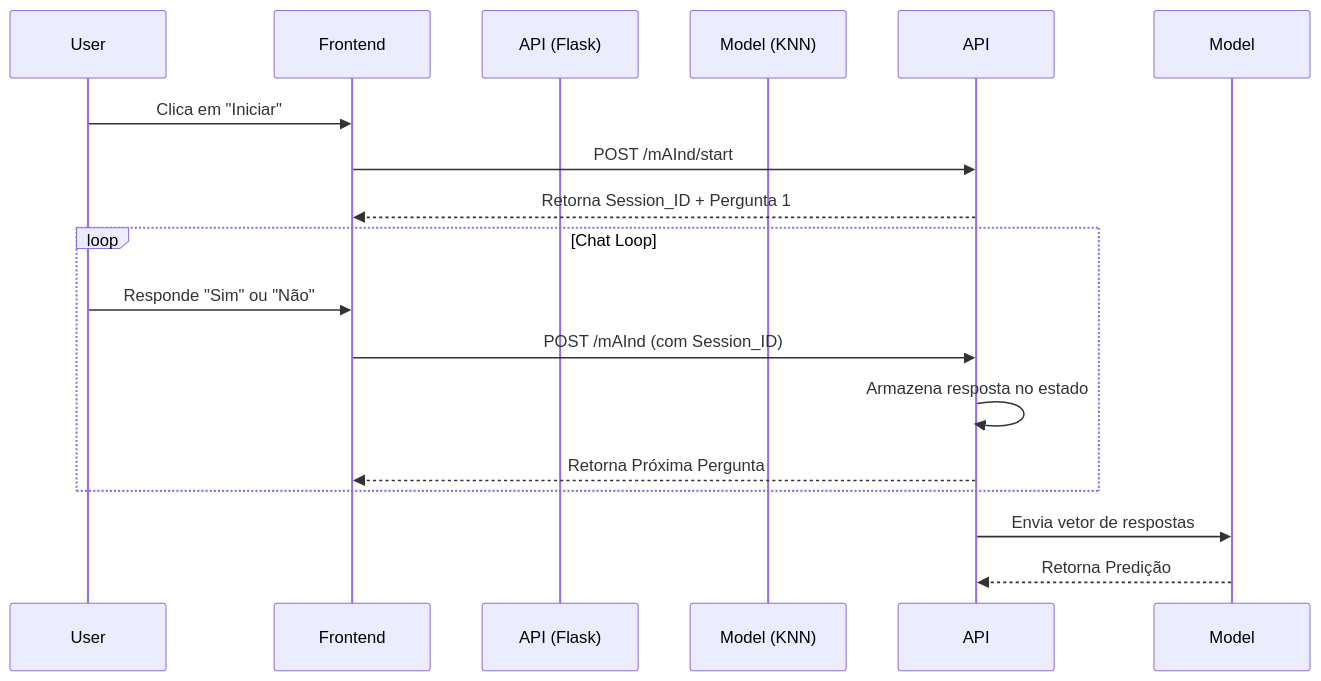
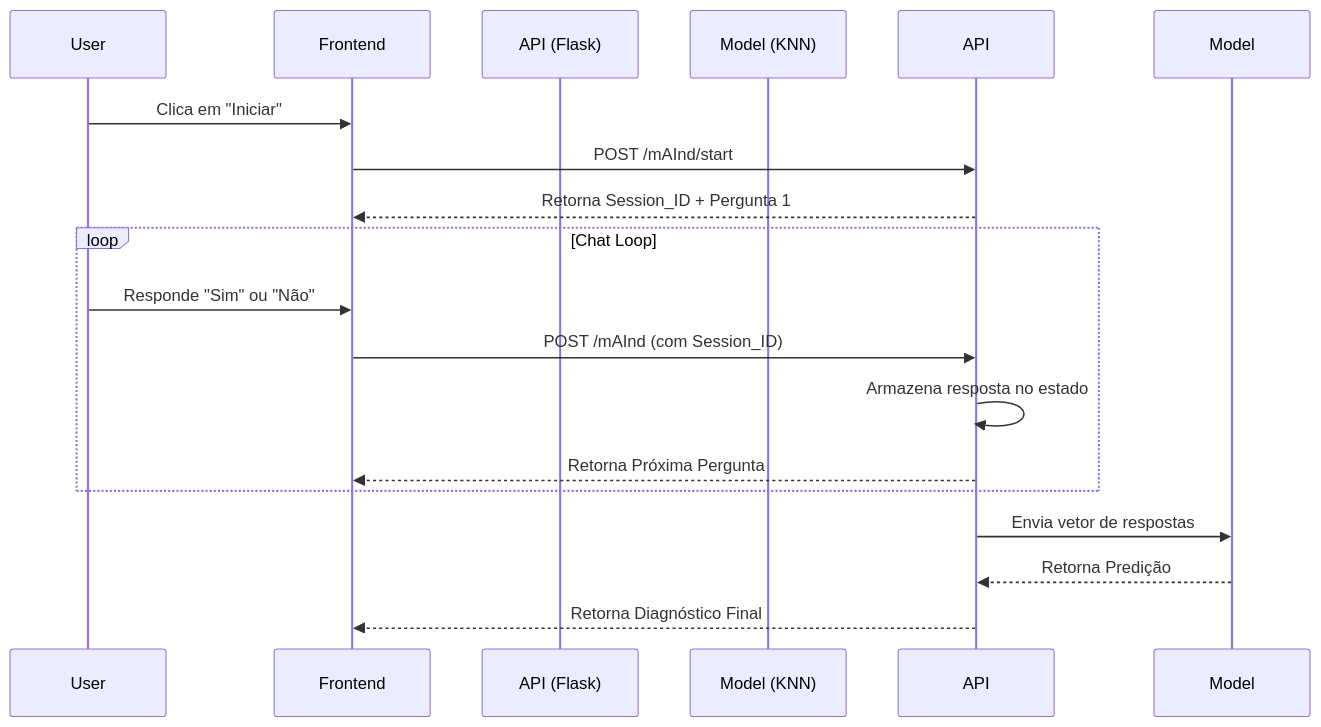
One commit to LucasDavid80/backend-mAInd changed the diagram in README.md. Above: the diagram before and after it, drawn with Mermaid. The commit also changed other lines of this file, not shown here.

````diff
--- a/README.md
+++ b/README.md
@@ -17,23 +17,22 @@
 ```mermaid
 sequenceDiagram
     participant User
     participant Frontend
     participant API (Flask)
     participant Model (KNN)
 
     User->>Frontend: Clica em "Iniciar"
     Frontend->>API: POST /mAInd/start
     API-->>Frontend: Retorna Session_ID + Pergunta 1
     
     loop Chat Loop
         User->>Frontend: Responde "Sim" ou "Não"
         Frontend->>API: POST /mAInd (com Session_ID)
         API->>API: Armazena resposta no estado
         API-->>Frontend: Retorna Próxima Pergunta
     end
 
     API->>Model: Envia vetor de respostas
     Model-->>API: Retorna Predição
-
-
+    API-->>Frontend: Retorna Diagnóstico Final
 ```
````
